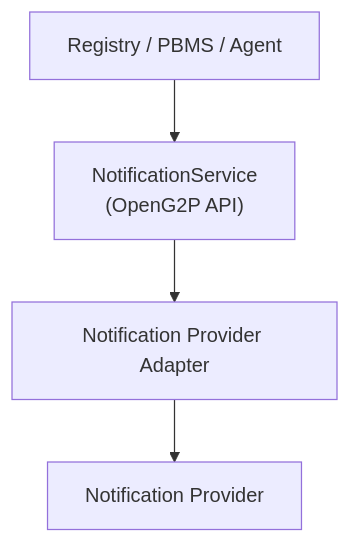
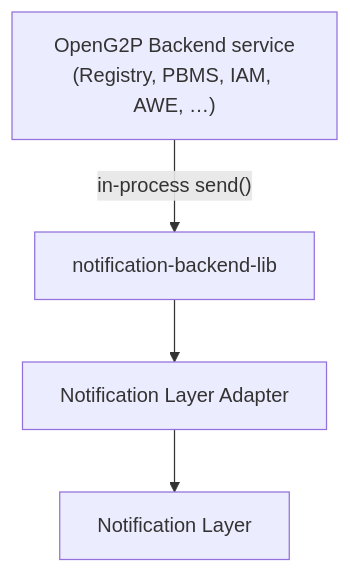
Before and after one commit to OpenG2P/openg2p-documentation: the third of 9 diagrams in platform/platform-services/notification/notification-architecture.md, drawn with Mermaid. The commit also changed other lines of this file and 1 other file, not shown here.

Commit message:
G2P-5694 refactor: notification architecture design documentation

````diff
--- a/platform/platform-services/notification/notification-architecture.md
+++ b/platform/platform-services/notification/notification-architecture.md
@@ -119,9 +97,9 @@
 ```mermaid
 flowchart TB
-    Apps["Registry / PBMS / Agent"]
-    Service["NotificationService<br/>(OpenG2P API)"]
-    Adapter["Notification Provider Adapter"]
-    Provider["Notification Provider"]
+    Apps["OpenG2P Backend service<br/>(Registry, PBMS, IAM, AWE, …)"]
+    Lib["notification-backend-lib"]
+    Adapter["Notification Layer Adapter"]
+    Layer["Notification Layer"]
 
-    Apps --> Service --> Adapter --> Provider
+    Apps -->|"in-process send()"| Lib --> Adapter --> Layer
 ```
````
